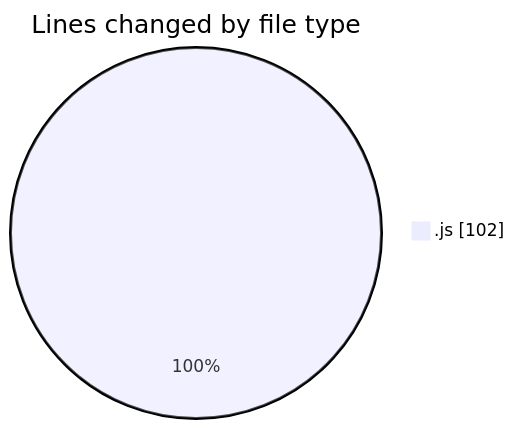
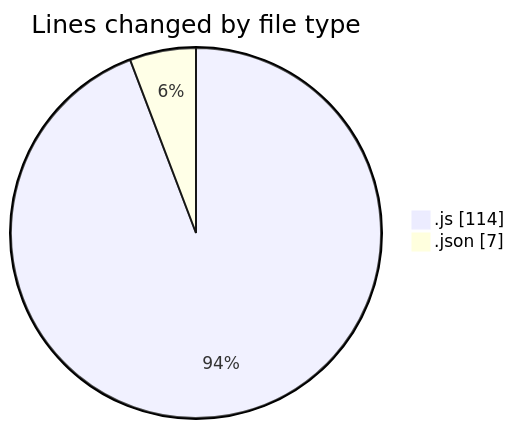
One commit to jcpc91/code-tracking changed the first of 2 diagrams in 2025-05-19/cancelacionsegurosvida/README.md. Above: the diagram before and after it, drawn with Mermaid. The commit also changed other lines of this file and 1 other file, not shown here.

````diff
--- a/2025-05-19/cancelacionsegurosvida/README.md
+++ b/2025-05-19/cancelacionsegurosvida/README.md
@@ -20,5 +21,6 @@
 ```mermaid
 pie showData
 title Lines changed by file type
-".js" : 102
+".js" : 114
+".json" : 7
 ```
````
